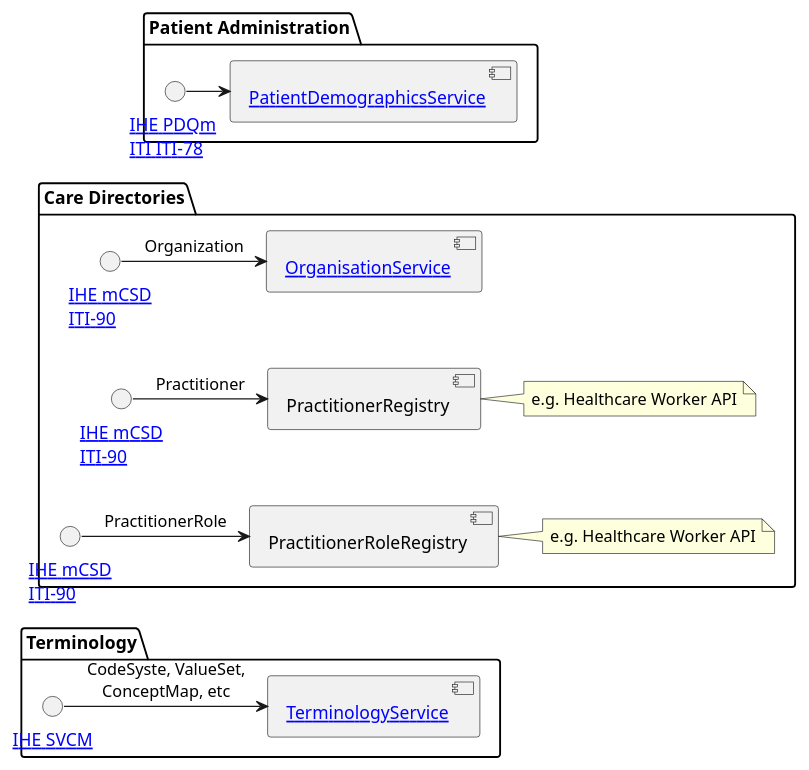
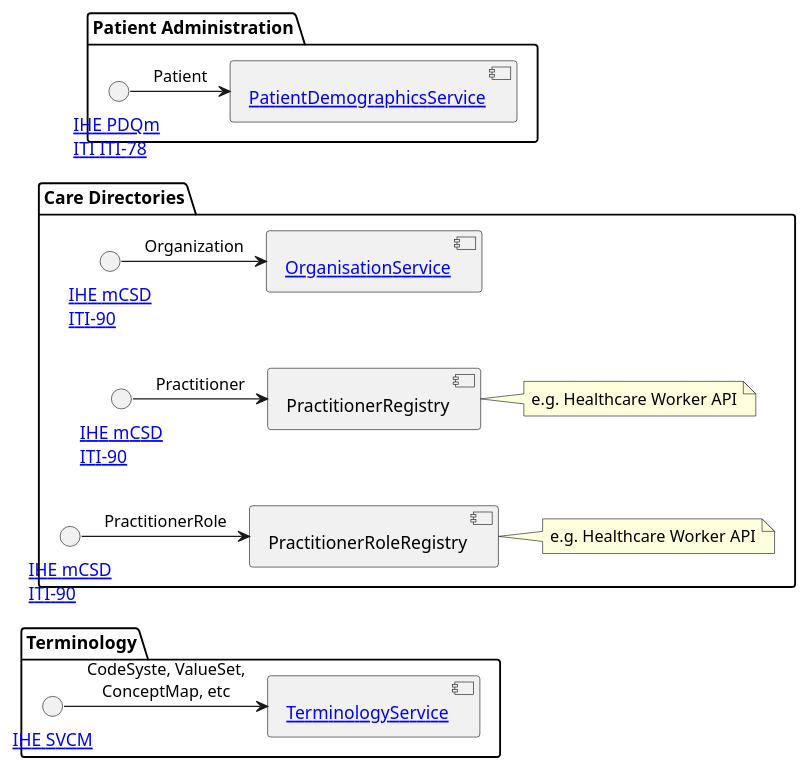
Before and after one commit to NHSDigital/national-imaging-repository-specification: the diagram in input/images-source/component-assumptions.plantuml, drawn with PlantUML.

Commit message:
Royal College of Radiologists mapping

```diff
--- a/input/images-source/component-assumptions.plantuml
+++ b/input/images-source/component-assumptions.plantuml
@@ -1,49 +1,49 @@
 @startuml
 
 
 
 package patientAdminisrtration as "Patient Administration" {
   component "[[https://digital.nhs.uk/services/personal-demographics-service PatientDemographicsService]]" as PatientDemographicsService
   interface "[[https://profiles.ihe.net/ITI/PDQm/ITI-78.html IHE PDQm\nITI ITI-78]] " as PDQm
 
-  PDQm -r-> PatientDemographicsService
+  PDQm -r-> PatientDemographicsService : Patient
 }
 
 
 package directories as "Care Directories" {
   component "[[https://digital.nhs.uk/services/organisation-data-service OrganisationService]]" as OrganisationService
 
   component PractitionerRegistry
   note right
   e.g. Healthcare Worker API
   end note
 
   component PractitionerRoleRegistry
   note right
   e.g. Healthcare Worker API
   end note
 
   interface "[[https://profiles.ihe.net/ITI/mCSD/ITI-90.html IHE mCSD\nITI-90]]" as ITI90Org
   interface "[[https://profiles.ihe.net/ITI/mCSD/ITI-90.html IHE mCSD\nITI-90]]" as ITI90Prac
   interface "[[https://profiles.ihe.net/ITI/mCSD/ITI-90.html IHE mCSD\nITI-90]]" as ITI90PracRole
 
   ITI90Org -r-> OrganisationService : Organization
   ITI90Prac -r-> PractitionerRegistry: Practitioner
   ITI90PracRole -r-> PractitionerRoleRegistry: PractitionerRole
 
   OrganisationService -d[hidden]- PractitionerRegistry
   PractitionerRegistry -d[hidden]- PractitionerRoleRegistry
 }
 
 package Terminology {
  component "[[https://digital.nhs.uk/services/terminology-server TerminologyService]]" as TerminologyService
   interface "[[https://profiles.ihe.net/ITI/SVCM/volume-1.html IHE SVCM]]" as SVCM
 
   SVCM -r-> TerminologyService: CodeSyste, ValueSet,\nConceptMap, etc
 }
 
 PatientDemographicsService -d[hidden]- OrganisationService
 PractitionerRoleRegistry -d[hidden]- TerminologyService
 
 
 @enduml
```
